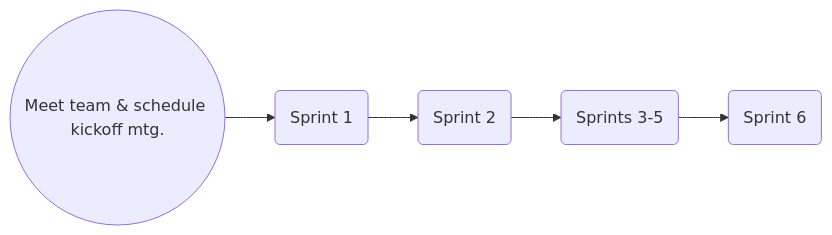
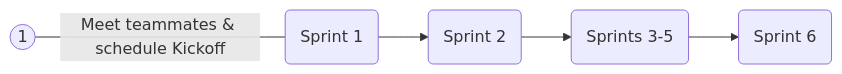
One commit to chingu-voyages/Handbook changed the second of 2 diagrams in docs/guides/voyage/voyage.md. Above: the diagram before and after it, drawn with Mermaid.

Commit message:
Feature: Add new Voyage Process diagram

````diff
--- a/docs/guides/voyage/voyage.md
+++ b/docs/guides/voyage/voyage.md
@@ -243,13 +243,13 @@
 ```mermaid
 graph LR
   SPRINT1("Sprint 1")
   SPRINT2("Sprint 2")
   SPRINT1-->SPRINT2
   SPRINT35("Sprints 3-5")
   SPRINT2-->SPRINT35
   SPRINT6("Sprint 6")
   SPRINT35-->SPRINT6
 
-  ONE(("Meet team & schedule kickoff mtg."))
-  ONE-->SPRINT1
+  ONE(("1"))
+  ONE-- Meet teammates & schedule Kickoff ---SPRINT1
 ```
````
